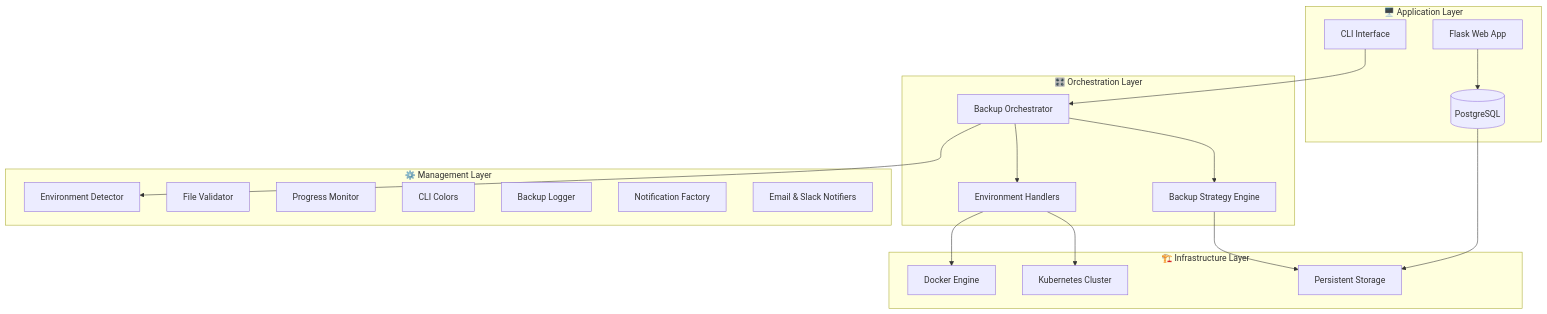
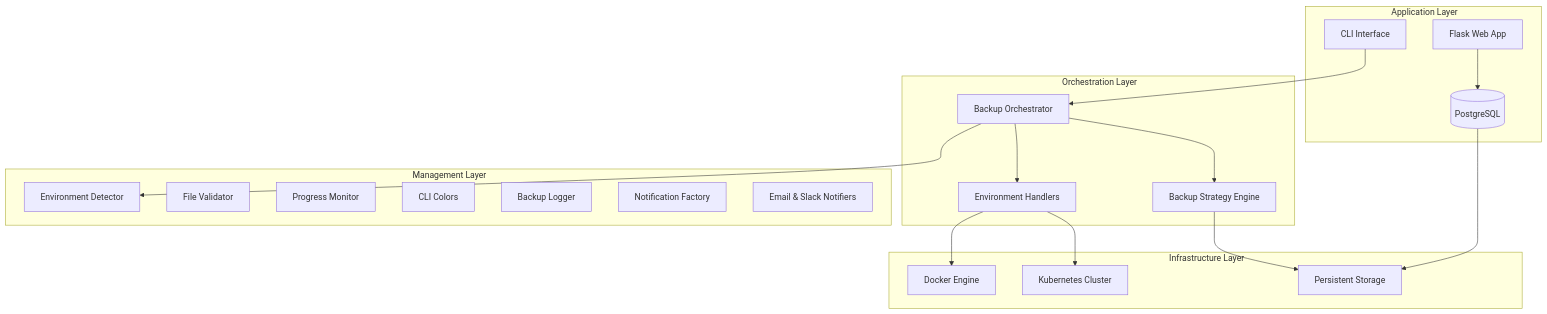
Before and after one commit to AlesxanDer1102/Practica-calificada4-Grupo5: the first of 2 diagrams in README.md, drawn with Mermaid. The commit also changed other lines of this file and 29 other files, not shown here.

````diff
--- a/README.md
+++ b/README.md
@@ -63,42 +63,42 @@
 ```mermaid
 graph TB
-    subgraph "🏗️ Infrastructure Layer"
+    subgraph "️ Infrastructure Layer"
         Docker[Docker Engine]
         K8s[Kubernetes Cluster]
         Storage[Persistent Storage]
     end
     
-    subgraph "🖥️ Application Layer"
+    subgraph "️ Application Layer"
         WebApp[Flask Web App]
         CLI[CLI Interface]
         Database[(PostgreSQL)]
     end
     
-    subgraph "🎛️ Orchestration Layer"
+    subgraph "️ Orchestration Layer"
         Orchestrator[Backup Orchestrator]
         Strategy[Backup Strategy Engine]
         Handlers[Environment Handlers]
     end
     
-    subgraph "⚙️ Management Layer"
+    subgraph "️ Management Layer"
         Detector[Environment Detector]
         Validator[File Validator]
         Progress[Progress Monitor]
         Colors[CLI Colors]
         Logger[Backup Logger]
         Factory[Notification Factory]
         Notifiers[Email & Slack Notifiers]
     end
     
     CLI --> Orchestrator
     WebApp --> Database
     Orchestrator --> Strategy
     Orchestrator --> Handlers
     Orchestrator --> Detector
     
     Handlers --> Docker
     Handlers --> K8s
     
     Strategy --> Storage
     Database --> Storage
 ```
````
